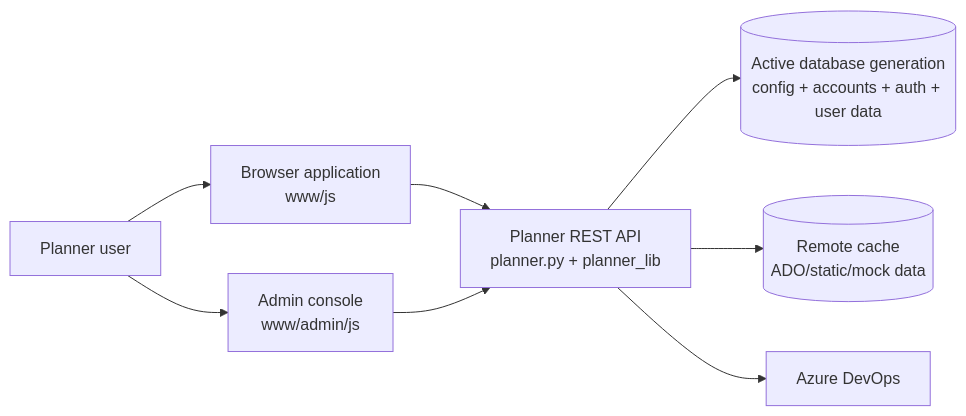
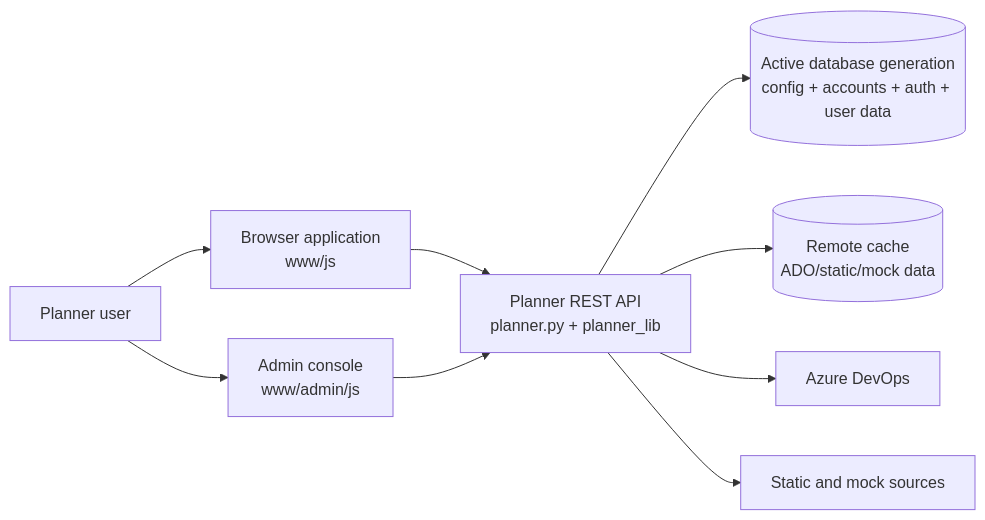
Before and after one commit to kpoppel/PlannerTool: the first of 4 diagrams in docs/ARCHITECTURE.md, drawn with Mermaid. The commit also changed other lines of this file, not shown here.

Commit message:
Architecture document updated.

````diff
--- a/docs/ARCHITECTURE.md
+++ b/docs/ARCHITECTURE.md
@@ -38,18 +40,20 @@
 ```mermaid
 flowchart LR
     User[Planner user]
     Browser[Browser application\nwww/js]
     Admin[Admin console\nwww/admin/js]
     API[Planner REST API\nplanner.py + planner_lib]
     Backend[(Active database generation\nconfig + accounts + auth + user data)]
     Cache[(Remote cache\nADO/static/mock data)]
     ADO[Azure DevOps]
+    Sources[Static and mock sources]
 
     User --> Browser
     User --> Admin
     Browser --> API
     Admin --> API
     API --> Backend
     API --> Cache
     API --> ADO
+    API --> Sources
 ```
````
